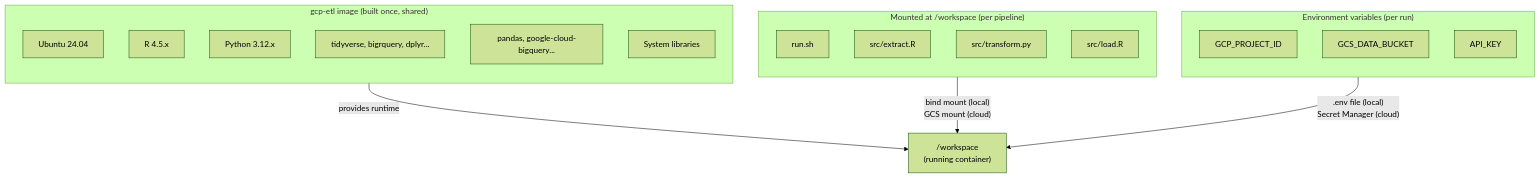
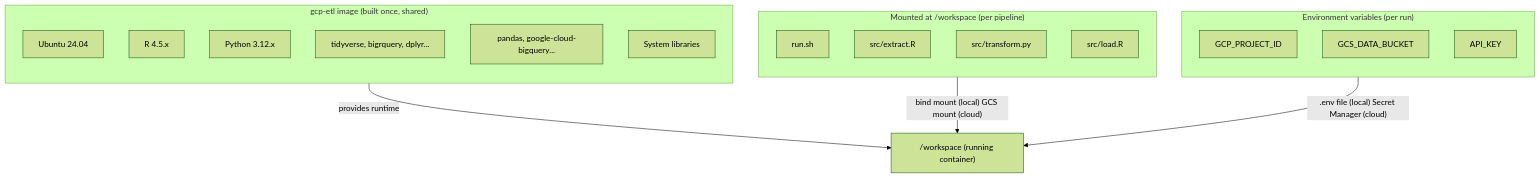
The fifth of 7 diagrams in docs/docker-containers.md (Ch3w3y/docker_gcp), drawn with Mermaid (forest theme) before and after one commit. The commit also changed other lines of this file and 10 other files, not shown here.

First line of the commit message:
Fix mermaid diagram rendering: replace literal \n with spaces

````diff
--- a/docs/docker-containers.md
+++ b/docs/docker-containers.md
@@ -203,31 +203,31 @@
 ```mermaid
 flowchart TD
     subgraph Image["gcp-etl image (built once, shared)"]
         direction TB
         I1["Ubuntu 24.04"]
         I2["R 4.5.x"]
         I3["Python 3.12.x"]
         I4["tidyverse, bigrquery, dplyr..."]
         I5["pandas, google-cloud-bigquery..."]
         I6["System libraries"]
     end
 
     subgraph Mounted["Mounted at /workspace (per pipeline)"]
         direction TB
         M1["run.sh"]
         M2["src/extract.R"]
         M3["src/transform.py"]
         M4["src/load.R"]
     end
 
     subgraph Env["Environment variables (per run)"]
         direction TB
         E1["GCP_PROJECT_ID"]
         E2["GCS_DATA_BUCKET"]
         E3["API_KEY"]
     end
 
-    Image -->|"provides runtime"| Container["/workspace\n(running container)"]
-    Mounted -->|"bind mount (local)\nGCS mount (cloud)"| Container
-    Env -->|".env file (local)\nSecret Manager (cloud)"| Container
+    Image -->|"provides runtime"| Container["/workspace (running container)"]
+    Mounted -->|"bind mount (local) GCS mount (cloud)"| Container
+    Env -->|".env file (local) Secret Manager (cloud)"| Container
 ```
````
